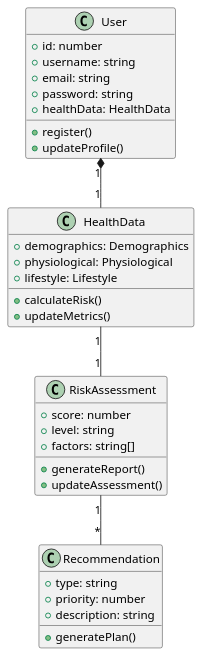
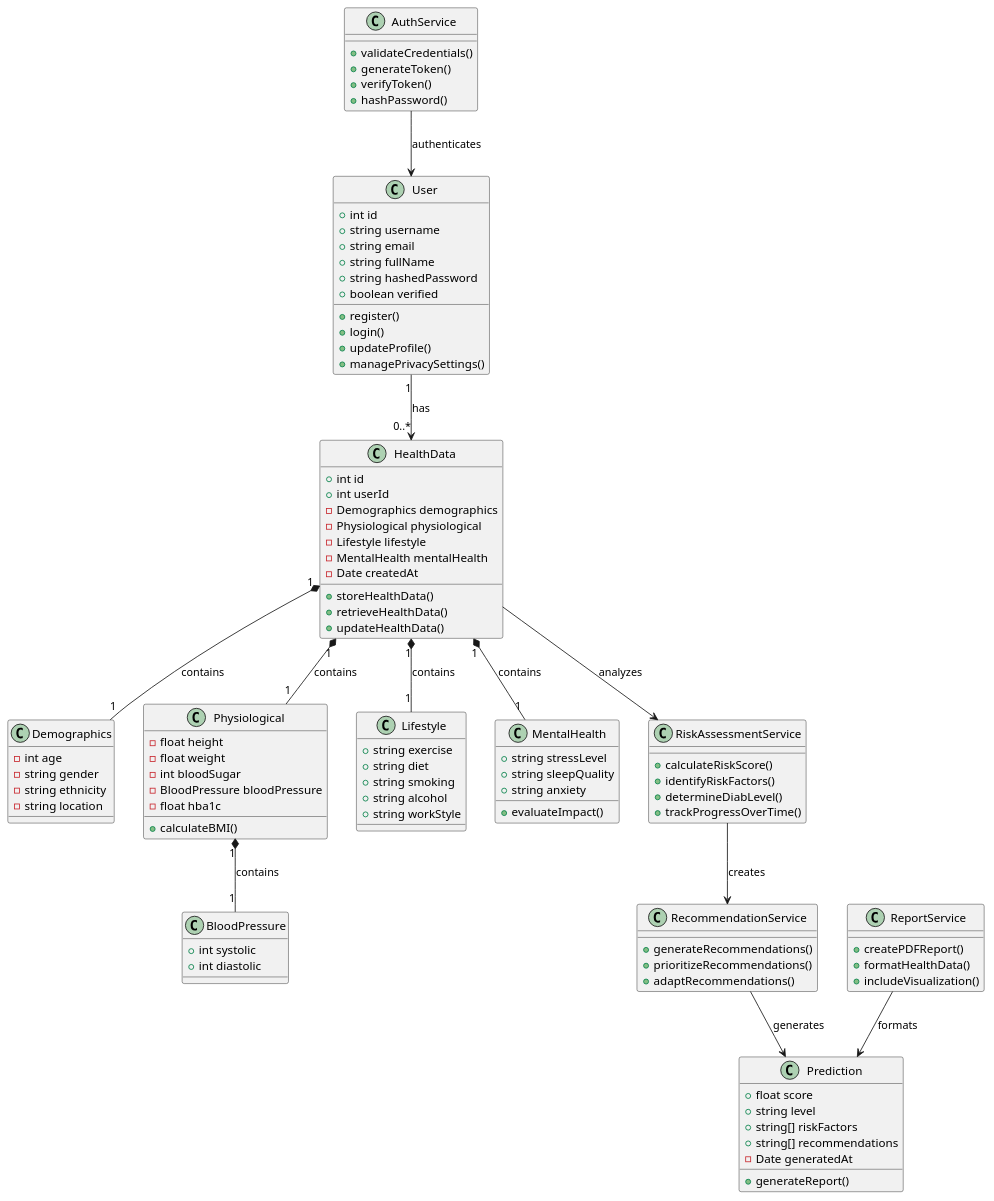
The fourth of 4 diagrams in docs/diagrams/glucovigil_diagrams.puml (PatnalaMadhuShalini/glucovigil), drawn with PlantUML before and after one commit. The commit also changed other lines of this file and 4 other files, not shown here.

First line of the commit message:
Checkpoint before assistant change: Update diagrams to reflect improved GlucoVigil Health Analytics system workflows and user interactions, including updated use case, activity, and state diagrams.

```diff
--- a/docs/diagrams/glucovigil_diagrams.puml
+++ b/docs/diagrams/glucovigil_diagrams.puml
@@ -64,38 +116,111 @@
-@startuml Class Diagram
+@startuml "Class Diagram"
+class AuthService {
+  +validateCredentials()
+  +generateToken()
+  +verifyToken()
+  +hashPassword()
+}
+
 class User {
-  +id: number
-  +username: string
-  +email: string
-  +password: string
-  +healthData: HealthData
+  +int id
+  +string username
+  +string email
+  +string fullName
+  +string hashedPassword
+  +boolean verified
   +register()
+  +login()
   +updateProfile()
+  +managePrivacySettings()
 }
 
 class HealthData {
-  +demographics: Demographics
-  +physiological: Physiological
-  +lifestyle: Lifestyle
-  +calculateRisk()
-  +updateMetrics()
+  +int id
+  +int userId
+  -Demographics demographics
+  -Physiological physiological
+  -Lifestyle lifestyle
+  -MentalHealth mentalHealth
+  -Date createdAt
+  +storeHealthData()
+  +retrieveHealthData()
+  +updateHealthData()
 }
 
-class RiskAssessment {
-  +score: number
-  +level: string
-  +factors: string[]
-  +generateReport()
-  +updateAssessment()
+class Demographics {
+  -int age
+  -string gender
+  -string ethnicity
+  -string location
 }
 
-class Recommendation {
-  +type: string
-  +priority: number
-  +description: string
-  +generatePlan()
+class Physiological {
+  -float height
+  -float weight
+  -int bloodSugar
+  -BloodPressure bloodPressure
+  -float hba1c
+  +calculateBMI()
 }
 
-User "1" *-- "1" HealthData
-HealthData "1" -- "1" RiskAssessment
-RiskAssessment "1" -- "*" Recommendation
+class BloodPressure {
+  +int systolic
+  +int diastolic
+}
+
+class Lifestyle {
+  +string exercise
+  +string diet
+  +string smoking
+  +string alcohol
+  +string workStyle
+}
+
+class MentalHealth {
+  +string stressLevel
+  +string sleepQuality
+  +string anxiety
+  +evaluateImpact()
+}
+
+class RiskAssessmentService {
+  +calculateRiskScore()
+  +identifyRiskFactors()
+  +determineDiabLevel()
+  +trackProgressOverTime()
+}
+
+class RecommendationService {
+  +generateRecommendations()
+  +prioritizeRecommendations()
+  +adaptRecommendations()
+}
+
+class ReportService {
+  +createPDFReport()
+  +formatHealthData()
+  +includeVisualization()
+}
+
+class Prediction {
+  +float score
+  +string level
+  +string[] riskFactors
+  +string[] recommendations
+  -Date generatedAt
+  +generateReport()
+}
+
+AuthService --> User : authenticates
+User "1" --> "0..*" HealthData : has
+HealthData "1" *-- "1" Demographics : contains
+HealthData "1" *-- "1" Physiological : contains
+HealthData "1" *-- "1" Lifestyle : contains
+HealthData "1" *-- "1" MentalHealth : contains
+Physiological "1" *-- "1" BloodPressure : contains
+HealthData --> RiskAssessmentService : analyzes
+RiskAssessmentService --> RecommendationService : creates
+RecommendationService --> Prediction : generates
+ReportService --> Prediction : formats
+
 @enduml
```
